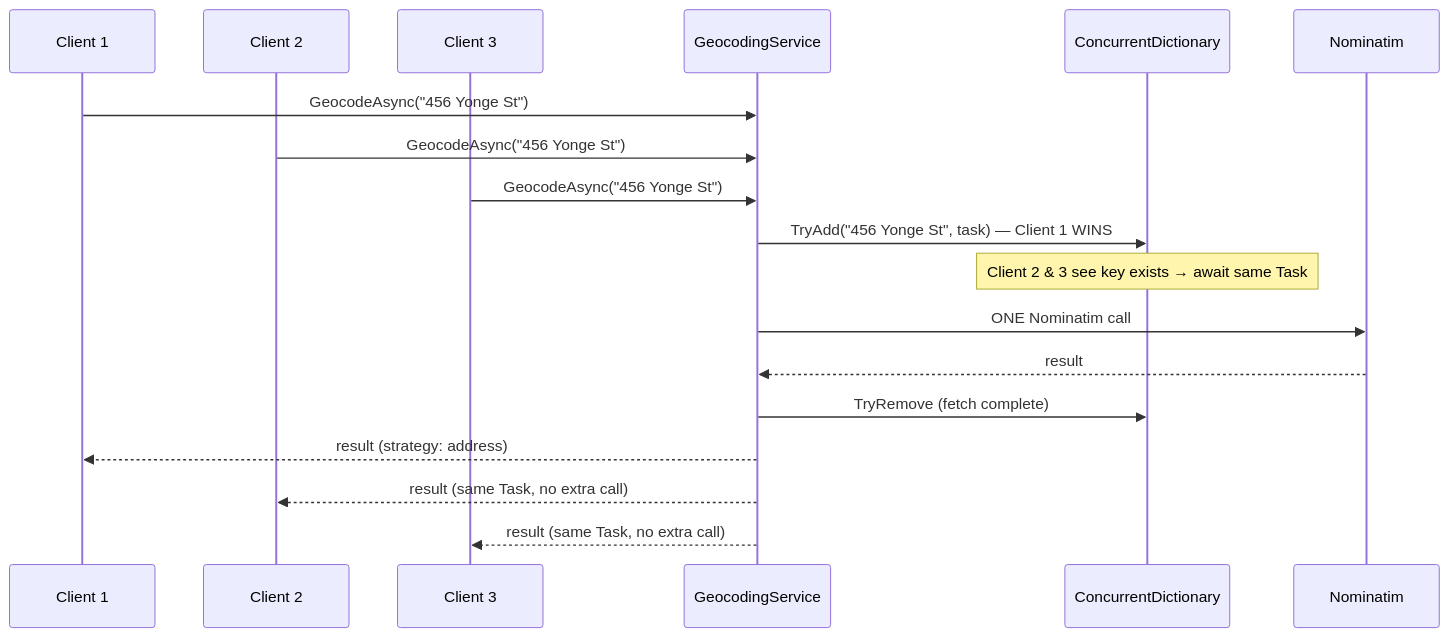
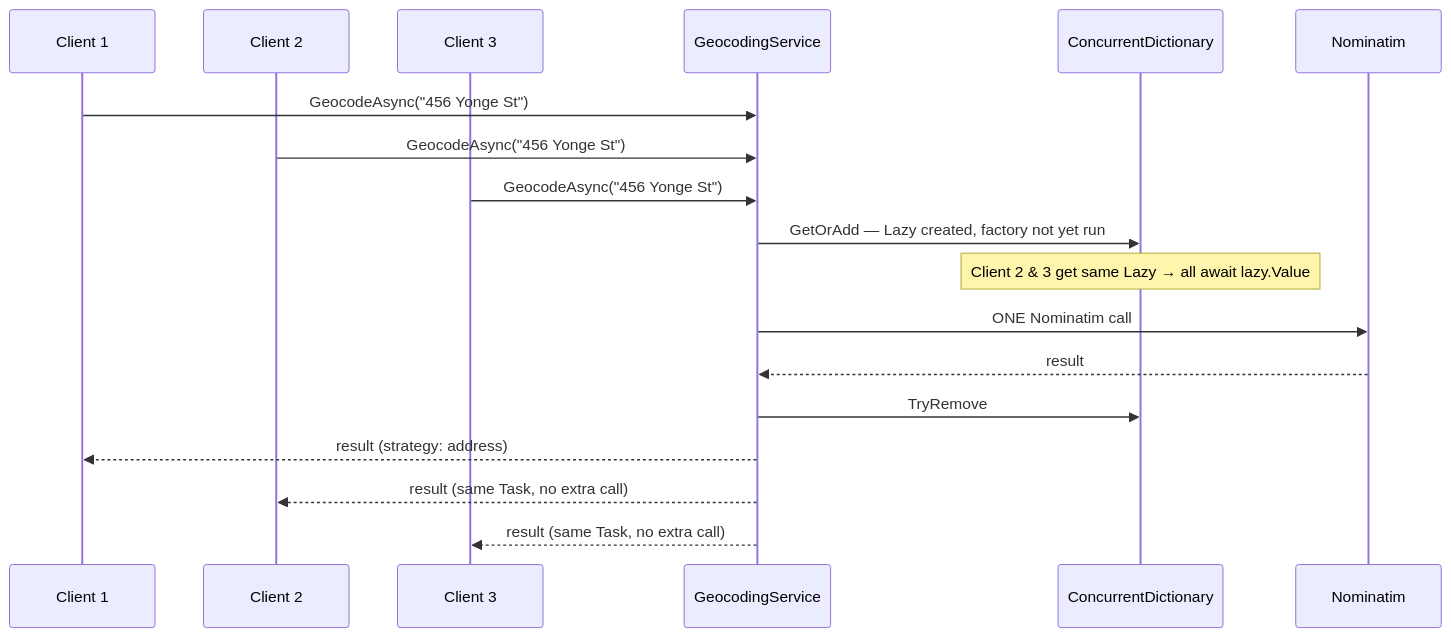
Before and after one commit to aahme249/positrace-Forward-GeocodingWeb-API-Task: the second of 2 diagrams in README.md, drawn with Mermaid. The commit also changed other lines of this file and 30 other files, not shown here.

````diff
--- a/README.md
+++ b/README.md
@@ -156,25 +149,25 @@
 ```mermaid
 sequenceDiagram
     participant C1 as Client 1
     participant C2 as Client 2
     participant C3 as Client 3
     participant GS as GeocodingService
     participant CD as ConcurrentDictionary
     participant N  as Nominatim
 
     C1->>GS: GeocodeAsync("456 Yonge St")
     C2->>GS: GeocodeAsync("456 Yonge St")
     C3->>GS: GeocodeAsync("456 Yonge St")
 
-    GS->>CD: TryAdd("456 Yonge St", task) — Client 1 WINS
-    Note over CD: Client 2 & 3 see key exists → await same Task
+    GS->>CD: GetOrAdd — Lazy created, factory not yet run
+    Note over CD: Client 2 & 3 get same Lazy → all await lazy.Value
 
     GS->>N: ONE Nominatim call
 
     N-->>GS: result
-    GS->>CD: TryRemove (fetch complete)
+    GS->>CD: TryRemove
 
     GS-->>C1: result (strategy: address)
     GS-->>C2: result (same Task, no extra call)
     GS-->>C3: result (same Task, no extra call)
 ```
````
